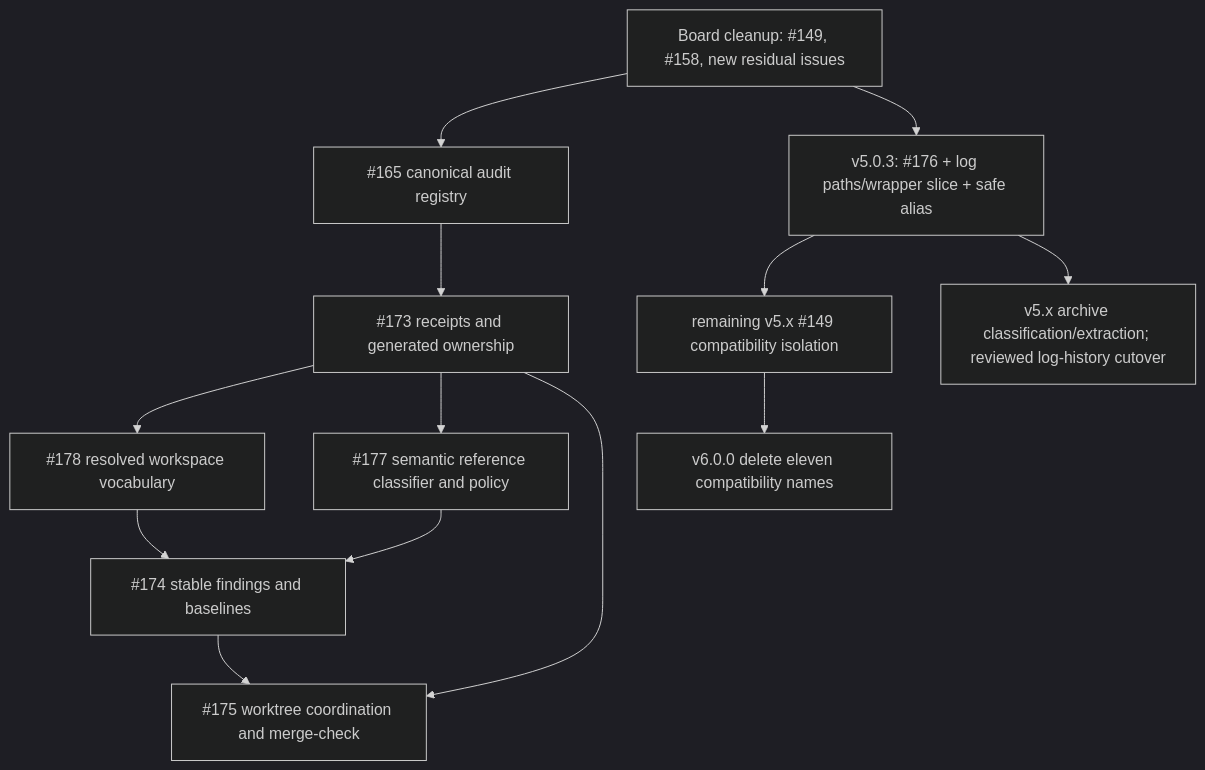
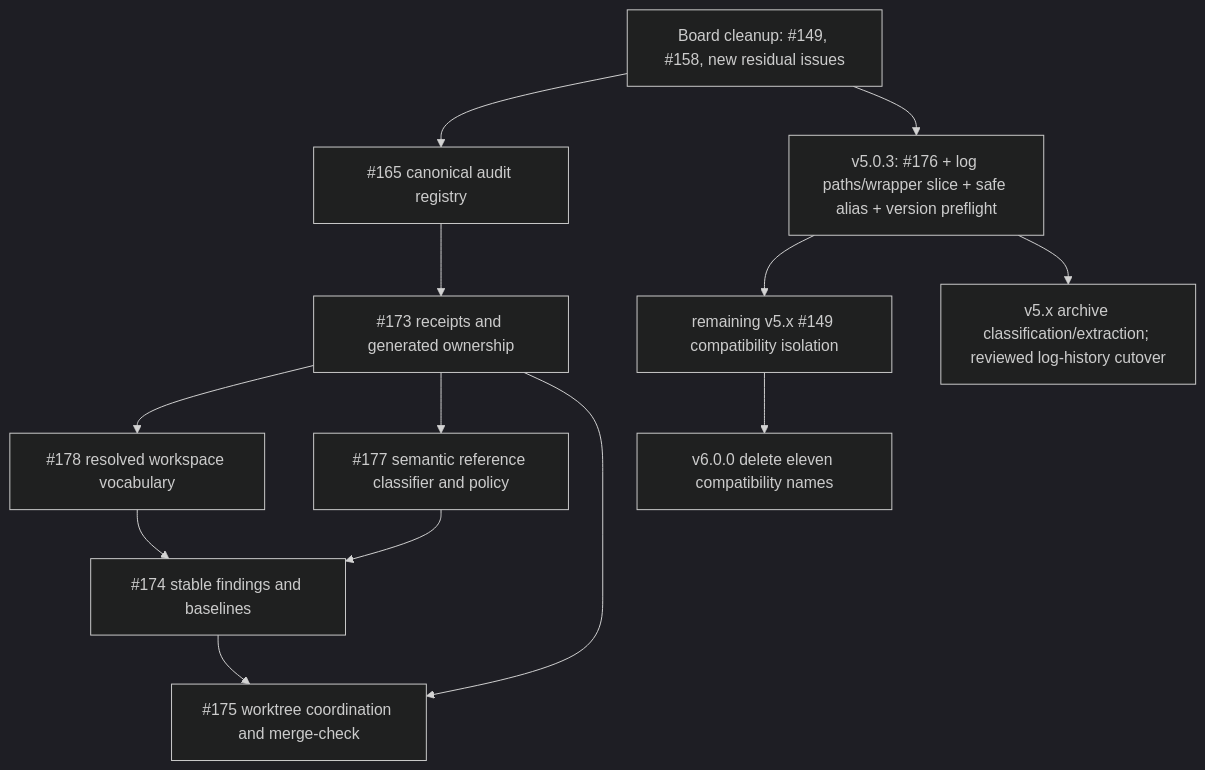
One commit to ohjonathan/Project-Ontos changed the diagram in docs/specs/project-ontos-v5-remediation-release-plan-proposal.md. Above: the diagram before and after it, drawn with Mermaid (dark theme). The commit also changed other lines of this file and 4 other files, not shown here.

````diff
--- a/docs/specs/project-ontos-v5-remediation-release-plan-proposal.md
+++ b/docs/specs/project-ontos-v5-remediation-release-plan-proposal.md
@@ -419,27 +427,27 @@
 ```mermaid
 flowchart TD
     B["Board cleanup: #149, #158, new residual issues"]
     G["#165 canonical audit registry"]
-    P["v5.0.3: #176 + log paths/wrapper slice + safe alias"]
+    P["v5.0.3: #176 + log paths/wrapper slice + safe alias + version preflight"]
     R["#173 receipts and generated ownership"]
     V["#178 resolved workspace vocabulary"]
     L["#177 semantic reference classifier and policy"]
     F["#174 stable findings and baselines"]
     C["#175 worktree coordination and merge-check"]
     A["v5.x archive classification/extraction; reviewed log-history cutover"]
     I["remaining v5.x #149 compatibility isolation"]
     X["v6.0.0 delete eleven compatibility names"]
 
     B --> G
     B --> P
     P --> I
     P --> A
     G --> R
     R --> V
     R --> L
     V --> F
     L --> F
     R --> C
     F --> C
     I --> X
 ```
````
